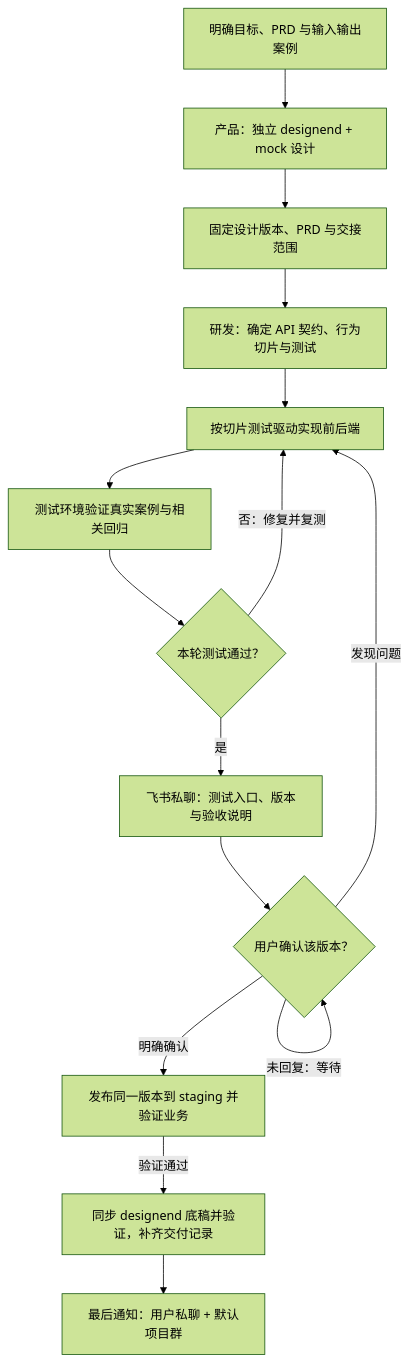
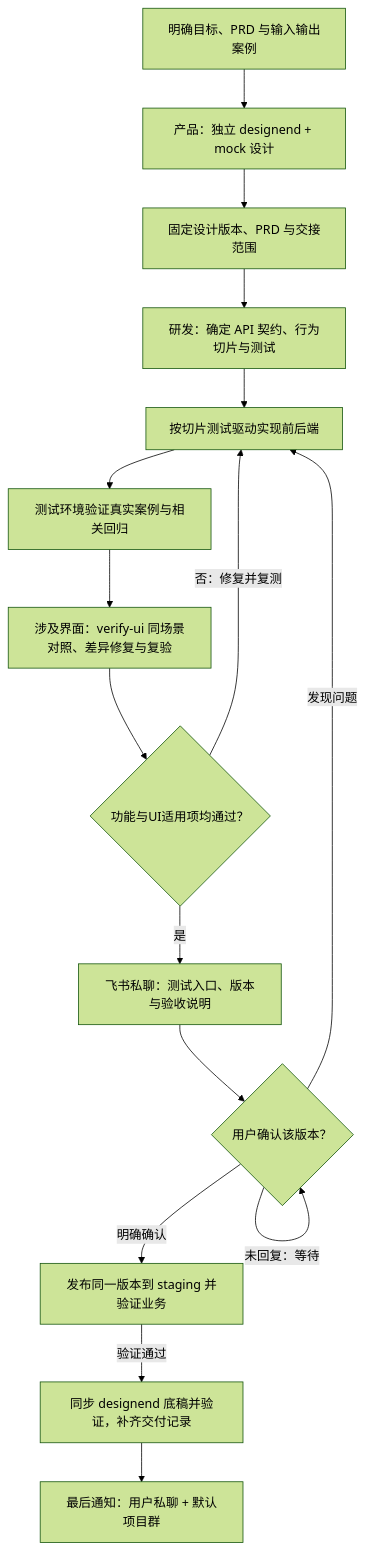
One commit to devilsen/standard_ai_project changed the diagram in README.md. Above: the diagram before and after it, drawn with Mermaid (forest theme). The commit also changed other lines of this file and 17 other files, not shown here.

````diff
--- a/README.md
+++ b/README.md
@@ -7,17 +7,18 @@
 ```mermaid
 flowchart TD
     A[明确目标、PRD 与输入输出案例] --> B[产品：独立 designend + mock 设计]
     B --> C[固定设计版本、PRD 与交接范围]
     C --> D[研发：确定 API 契约、行为切片与测试]
     D --> E[按切片测试驱动实现前后端]
     E --> F[测试环境验证真实案例与相关回归]
-    F --> G{本轮测试通过？}
+    F --> U[涉及界面：verify-ui 同场景对照、差异修复与复验]
+    U --> G{功能与UI适用项均通过？}
     G -->|否：修复并复测| E
     G -->|是| H[飞书私聊：测试入口、版本与验收说明]
     H --> I{用户确认该版本？}
     I -->|未回复：等待| I
     I -->|发现问题| E
     I -->|明确确认| J[发布同一版本到 staging 并验证业务]
     J -->|验证通过| K[同步 designend 底稿并验证，补齐交付记录]
     K --> L[最后通知：用户私聊 + 默认项目群]
 ```
````
